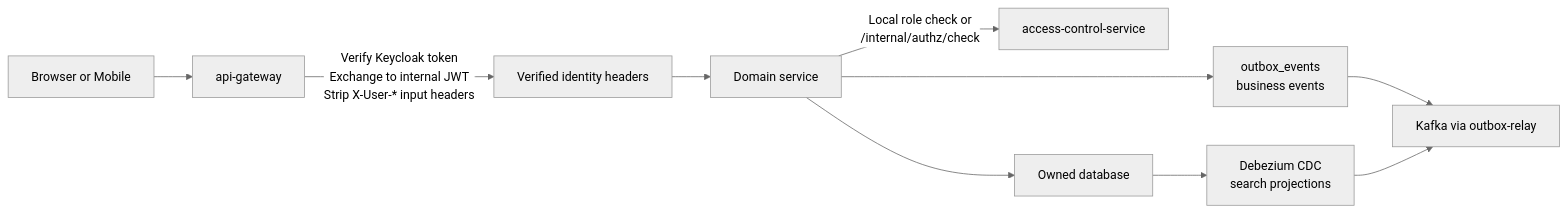
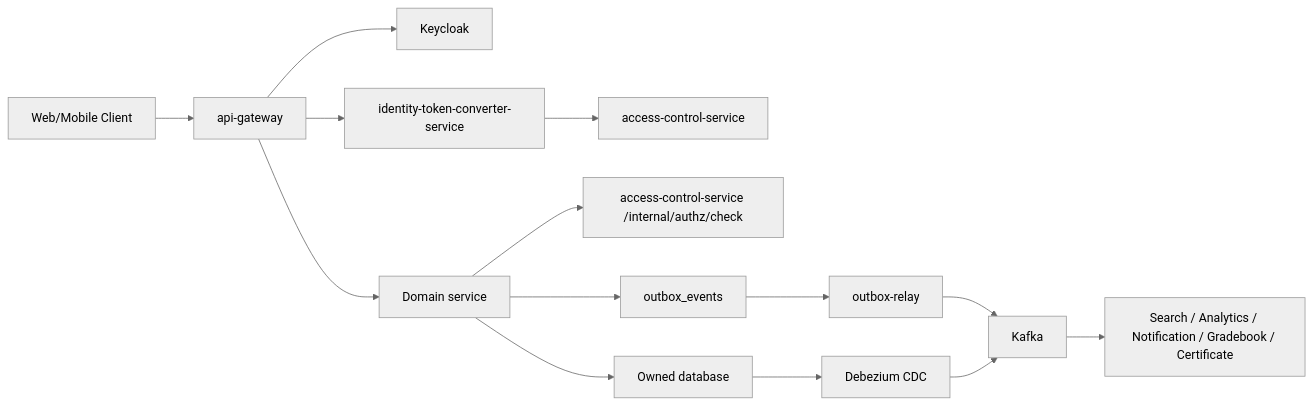
One commit to phamkhachoa/courseflow changed the diagram in README.md. Above: the diagram before and after it, drawn with Mermaid (neutral theme). The commit also changed other lines of this file and 132 other files, not shown here.

````diff
--- a/README.md
+++ b/README.md
@@ -230,12 +123,16 @@
 ```mermaid
 flowchart LR
-  Browser["Browser or Mobile"] --> Gateway["api-gateway"]
-  Gateway -->|"Verify Keycloak token\nExchange to internal JWT\nStrip X-User-* input headers"| Claims["Verified identity headers"]
-  Claims --> Service["Domain service"]
-  Service -->|"Local role check or\n/internal/authz/check"| AccessControl["access-control-service"]
-  Service --> Store["Owned database"]
-  Service --> Outbox["outbox_events\nbusiness events"]
-  Outbox --> Kafka["Kafka via outbox-relay"]
-  Store --> Debezium["Debezium CDC\nsearch projections"]
+  Browser["Web/Mobile Client"] --> Gateway["api-gateway"]
+  Gateway --> Keycloak["Keycloak"]
+  Gateway --> Converter["identity-token-converter-service"]
+  Converter --> Access["access-control-service"]
+  Gateway --> Domain["Domain service"]
+  Domain --> Authz["access-control-service /internal/authz/check"]
+  Domain --> Store["Owned database"]
+  Domain --> Outbox["outbox_events"]
+  Outbox --> Relay["outbox-relay"]
+  Relay --> Kafka["Kafka"]
+  Kafka --> Consumers["Search / Analytics / Notification / Gradebook / Certificate"]
+  Store --> Debezium["Debezium CDC"]
   Debezium --> Kafka
 ```
````
